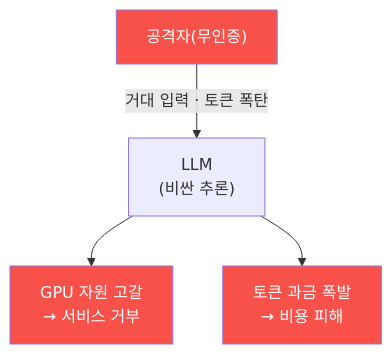
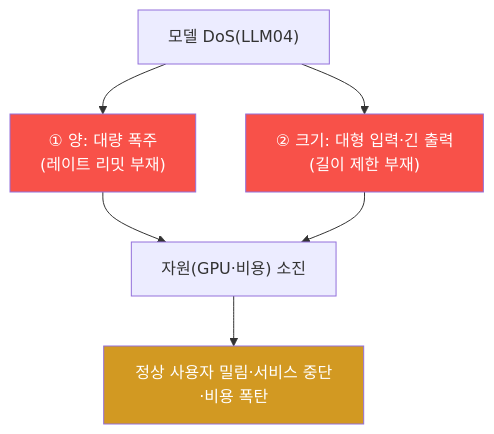
The first of 3 diagrams in contents/training/ai-service-pentest/lecture_week11.md (mrgrit/tw2), drawn with Mermaid before and after one commit. The commit also changed other lines of this file and 304 other files, not shown here.

````diff
--- a/contents/training/ai-service-pentest/lecture_week11.md
+++ b/contents/training/ai-service-pentest/lecture_week11.md
@@ -57,9 +66,11 @@
 ```mermaid
 graph TD
-    A["공격자(무인증)"] -->|"거대 입력 · 토큰 폭탄"| L["LLM<br/>(비싼 추론)"]
-    L --> R1["GPU 자원 고갈<br/>→ 서비스 거부"]
-    L --> R2["토큰 과금 폭발<br/>→ 비용 피해"]
-    style A fill:#f85149,color:#fff
-    style R1 fill:#f85149,color:#fff
-    style R2 fill:#f85149,color:#fff
+    A["모델 DoS(LLM04)"] --> B["① 양: 대량 폭주<br/>(레이트 리밋 부재)"]
+    A --> C["② 크기: 대형 입력·긴 출력<br/>(길이 제한 부재)"]
+    B --> R["자원(GPU·비용) 소진"]
+    C --> R
+    R --> D["정상 사용자 밀림·서비스 중단·비용 폭탄"]
+    style B fill:#f85149,color:#fff
+    style C fill:#f85149,color:#fff
+    style D fill:#d29922,color:#fff
 ```
````
